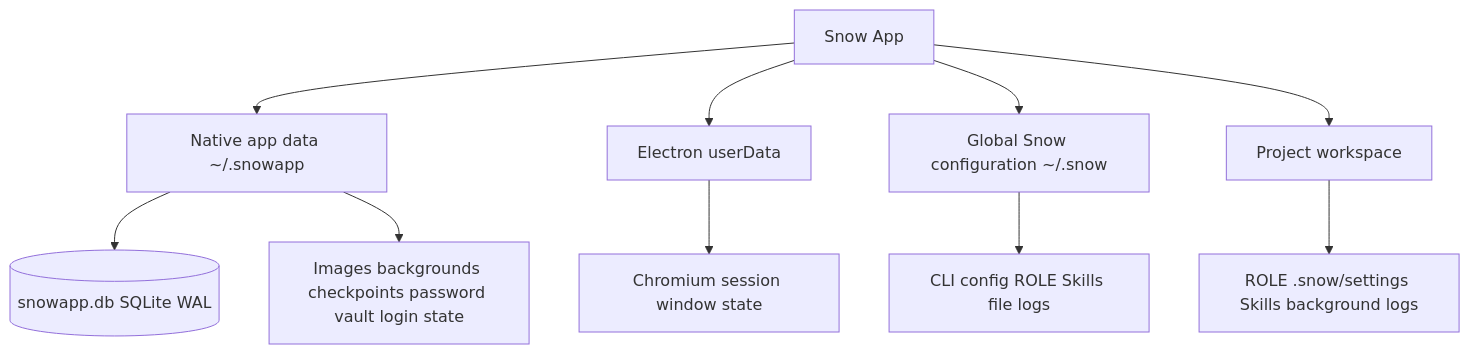
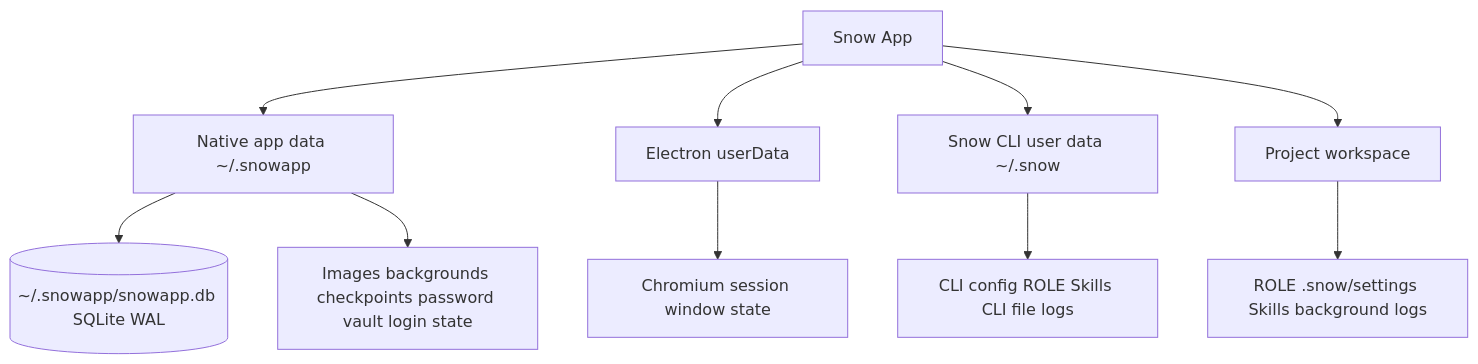
The diagram in docs/en/3-reference/4-data-storage-locations.md (BaSui01/snow-app), drawn with Mermaid before and after one commit. The commit also changed other lines of this file and 22 other files, not shown here.

````diff
--- a/docs/en/3-reference/4-data-storage-locations.md
+++ b/docs/en/3-reference/4-data-storage-locations.md
@@ -7,13 +7,13 @@
 ```mermaid
 flowchart TB
     APP[Snow App]
     APP --> N[Native app data ~/.snowapp]
     APP --> E[Electron userData]
-    APP --> G[Global Snow configuration ~/.snow]
+    APP --> G[Snow CLI user data ~/.snow]
     APP --> W[Project workspace]
-    N --> DB[(snowapp.db SQLite WAL)]
+    N --> DB[(~/.snowapp/snowapp.db SQLite WAL)]
     N --> RES[Images backgrounds checkpoints password vault login state]
     E --> CH[Chromium session window state]
-    G --> CFG[CLI config ROLE Skills file logs]
+    G --> CFG[CLI config ROLE Skills CLI file logs]
     W --> PROJ[ROLE .snow/settings Skills background logs]
 ```
````
